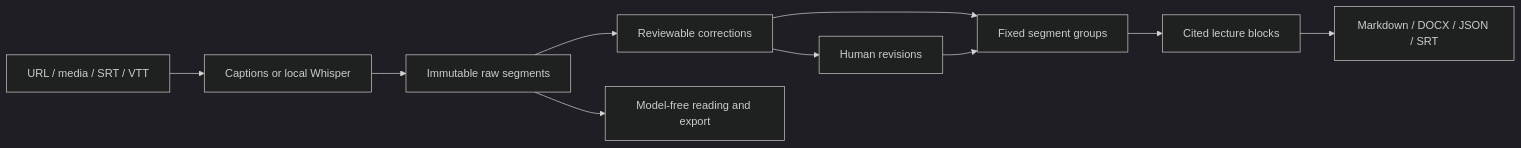
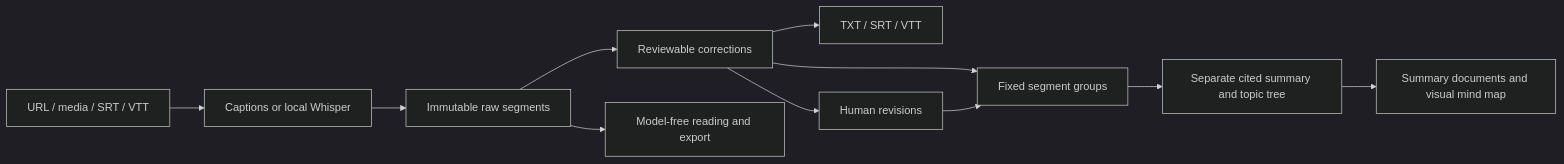
One commit to Jyz1jz1100-star/shuying changed the diagram in docs/architecture.md. Above: the diagram before and after it, drawn with Mermaid (dark theme). The commit also changed other lines of this file and 4 other files, not shown here.

````diff
--- a/docs/architecture.md
+++ b/docs/architecture.md
@@ -5,12 +5,13 @@
 ```mermaid
 flowchart LR
   A[URL / media / SRT / VTT] --> B[Captions or local Whisper]
   B --> C[Immutable raw segments]
   C --> D[Reviewable corrections]
   C --> I[Model-free reading and export]
   D --> E[Fixed segment groups]
-  E --> F[Cited lecture blocks]
-  F --> G[Markdown / DOCX / JSON / SRT]
+  E --> F[Separate cited summary and topic tree]
+  F --> G[Summary documents and visual mind map]
+  D --> J[TXT / SRT / VTT]
   D --> H[Human revisions]
   H --> E
 ```
````
